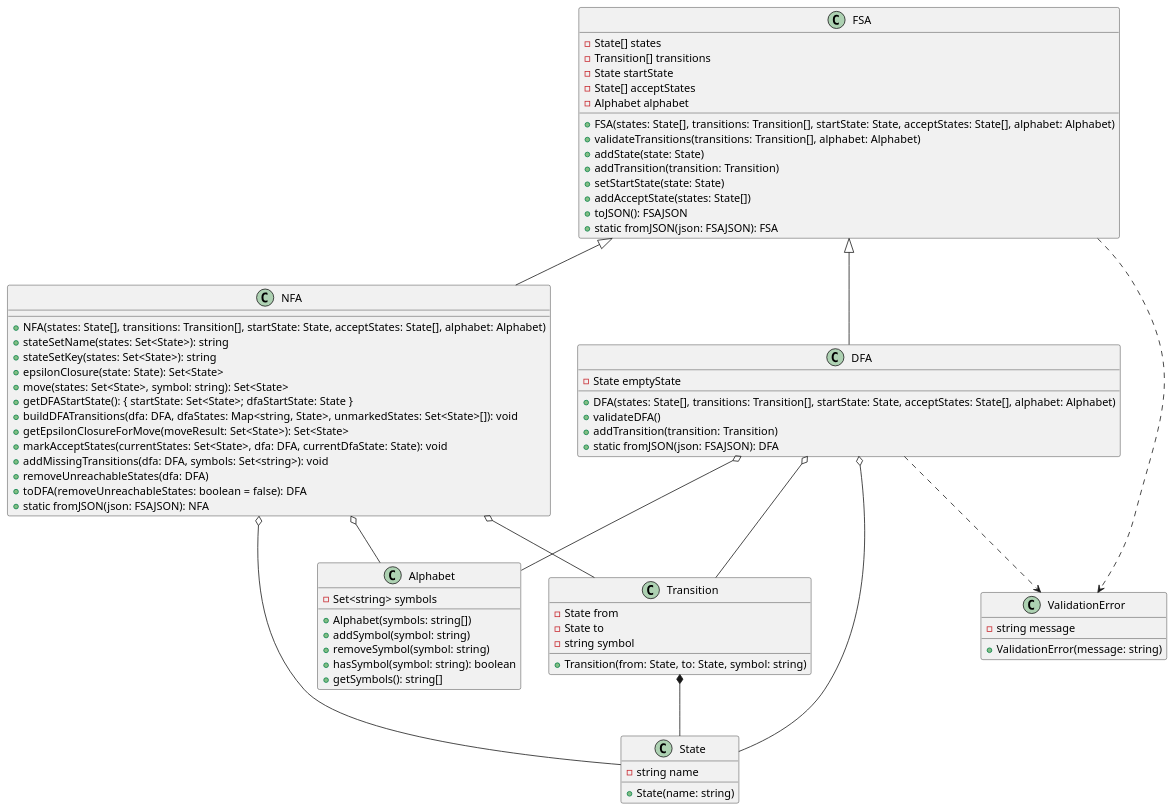
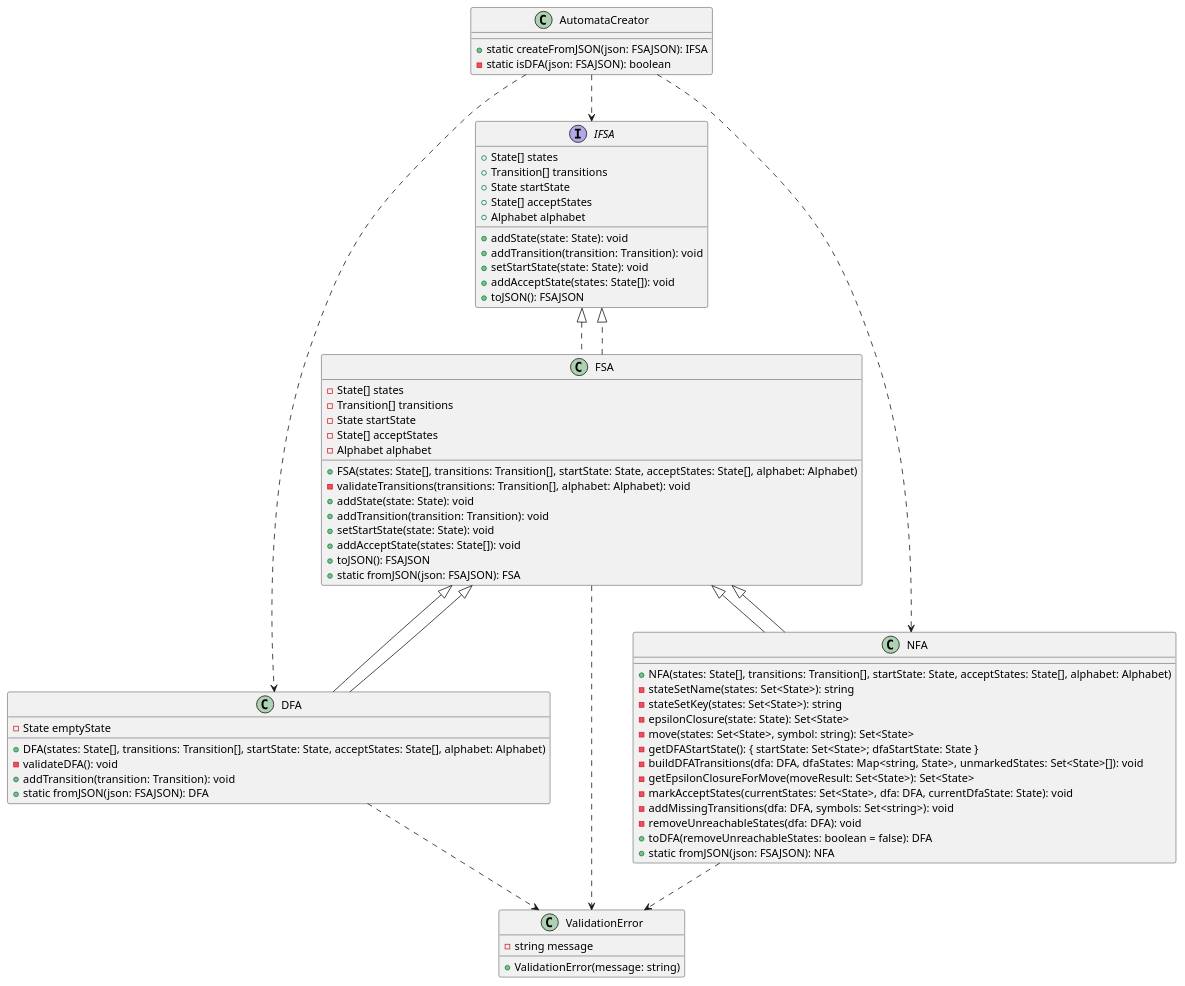
One commit to yalperg/otomat changed the diagram in docs/architecture.puml. Above: the diagram before and after it, drawn with PlantUML. The commit also changed 2 other files, not shown here.

Commit message:
chore: update readme and architecture.puml

```diff
--- a/docs/architecture.puml
+++ b/docs/architecture.puml
@@ -1,80 +1,77 @@
 @startuml architecture
 
-class FSA {
+interface IFSA {
+  + State[] states
+  + Transition[] transitions
+  + State startState
+  + State[] acceptStates
+  + Alphabet alphabet
+  + addState(state: State): void
+  + addTransition(transition: Transition): void
+  + setStartState(state: State): void
+  + addAcceptState(states: State[]): void
+  + toJSON(): FSAJSON
+}
+
+class FSA implements IFSA {
   - State[] states
   - Transition[] transitions
   - State startState
   - State[] acceptStates
   - Alphabet alphabet
   + FSA(states: State[], transitions: Transition[], startState: State, acceptStates: State[], alphabet: Alphabet)
-  + validateTransitions(transitions: Transition[], alphabet: Alphabet)
-  + addState(state: State)
-  + addTransition(transition: Transition)
-  + setStartState(state: State)
-  + addAcceptState(states: State[])
+  - validateTransitions(transitions: Transition[], alphabet: Alphabet): void
+  + addState(state: State): void
+  + addTransition(transition: Transition): void
+  + setStartState(state: State): void
+  + addAcceptState(states: State[]): void
   + toJSON(): FSAJSON
   + static fromJSON(json: FSAJSON): FSA
 }
 
-class DFA {
+class DFA extends FSA {
   - State emptyState
   + DFA(states: State[], transitions: Transition[], startState: State, acceptStates: State[], alphabet: Alphabet)
-  + validateDFA()
-  + addTransition(transition: Transition)
+  - validateDFA(): void
+  + addTransition(transition: Transition): void
   + static fromJSON(json: FSAJSON): DFA
 }
 
-class NFA {
+class NFA extends FSA {
   + NFA(states: State[], transitions: Transition[], startState: State, acceptStates: State[], alphabet: Alphabet)
-  + stateSetName(states: Set<State>): string
-  + stateSetKey(states: Set<State>): string
-  + epsilonClosure(state: State): Set<State>
-  + move(states: Set<State>, symbol: string): Set<State>
-  + getDFAStartState(): { startState: Set<State>; dfaStartState: State }
-  + buildDFATransitions(dfa: DFA, dfaStates: Map<string, State>, unmarkedStates: Set<State>[]): void
-  + getEpsilonClosureForMove(moveResult: Set<State>): Set<State>
-  + markAcceptStates(currentStates: Set<State>, dfa: DFA, currentDfaState: State): void
-  + addMissingTransitions(dfa: DFA, symbols: Set<string>): void
-  + removeUnreachableStates(dfa: DFA)
+  - stateSetName(states: Set<State>): string
+  - stateSetKey(states: Set<State>): string
+  - epsilonClosure(state: State): Set<State>
+  - move(states: Set<State>, symbol: string): Set<State>
+  - getDFAStartState(): { startState: Set<State>; dfaStartState: State }
+  - buildDFATransitions(dfa: DFA, dfaStates: Map<string, State>, unmarkedStates: Set<State>[]): void
+  - getEpsilonClosureForMove(moveResult: Set<State>): Set<State>
+  - markAcceptStates(currentStates: Set<State>, dfa: DFA, currentDfaState: State): void
+  - addMissingTransitions(dfa: DFA, symbols: Set<string>): void
+  - removeUnreachableStates(dfa: DFA): void
   + toDFA(removeUnreachableStates: boolean = false): DFA
   + static fromJSON(json: FSAJSON): NFA
 }
 
-class State {
-  - string name
-  + State(name: string)
-}
-
-class Transition {
-  - State from
-  - State to
-  - string symbol
-  + Transition(from: State, to: State, symbol: string)
-}
-
-class Alphabet {
-  - Set<string> symbols
-  + Alphabet(symbols: string[])
-  + addSymbol(symbol: string)
-  + removeSymbol(symbol: string)
-  + hasSymbol(symbol: string): boolean
-  + getSymbols(): string[]
+class AutomataCreator {
+  + static createFromJSON(json: FSAJSON): IFSA
+  - static isDFA(json: FSAJSON): boolean
 }
 
 class ValidationError {
   - string message
   + ValidationError(message: string)
 }
 
+
 FSA <|-- DFA
 FSA <|-- NFA
-DFA o-- State
-DFA o-- Transition
-DFA o-- Alphabet
-NFA o-- State
-NFA o-- Transition
-NFA o-- Alphabet
-Transition *-- State
+FSA ..|> IFSA
 FSA ..> ValidationError
 DFA ..> ValidationError
+NFA ..> ValidationError
+AutomataCreator ..> IFSA
+AutomataCreator ..> DFA
+AutomataCreator ..> NFA
+
 @enduml
```
